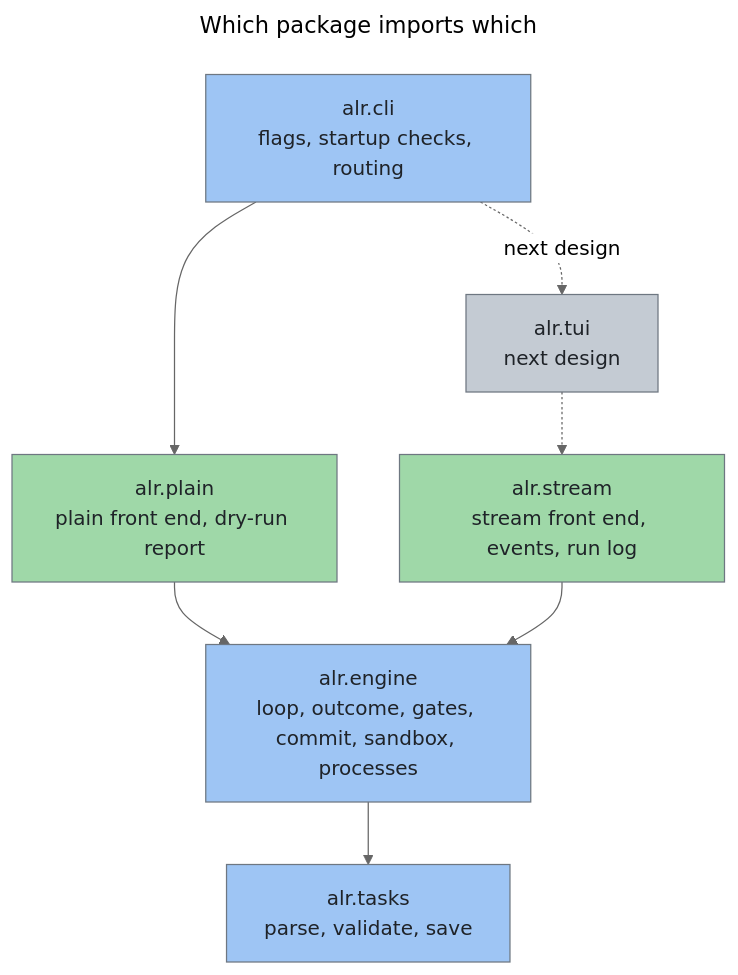
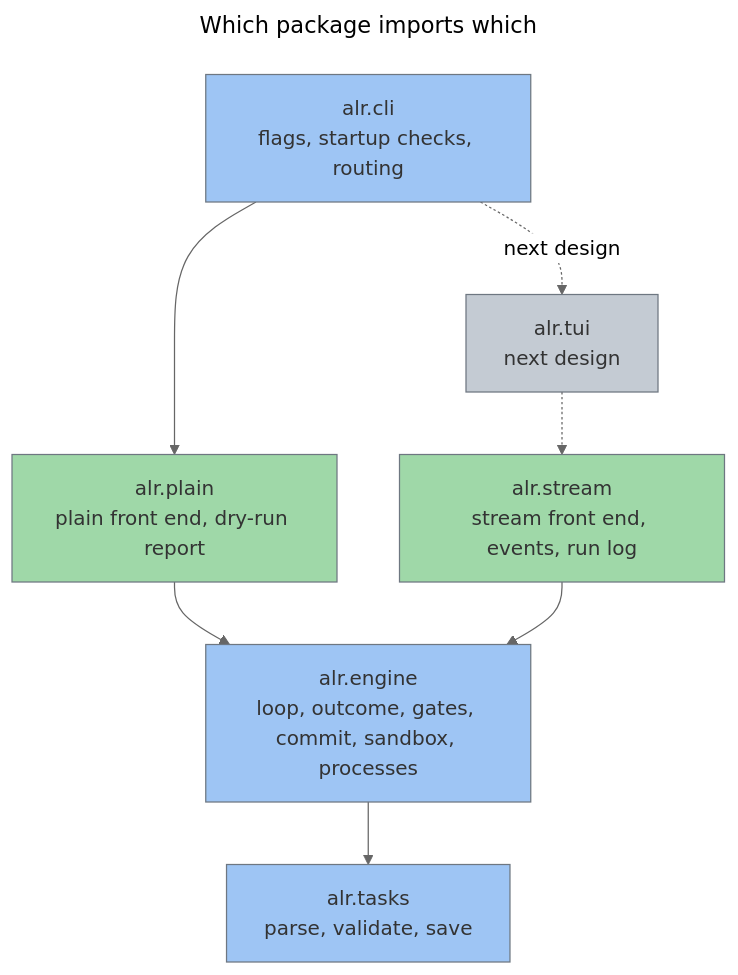
One commit to twistingmercury/agentic_loop_runner changed the first of 4 diagrams in docs/design/03_system_architecture.md. Above: the diagram before and after it, drawn with Mermaid (neutral theme). The commit also changed other lines of this file and 1 other file, not shown here.

First line of the commit message:
Make the overview diagram text dark on every block

````diff
--- a/docs/design/03_system_architecture.md
+++ b/docs/design/03_system_architecture.md
@@ -29,23 +29,23 @@
 ```mermaid
 ---
 title: Which package imports which
 ---
 flowchart TD
     cli["alr.cli<br/>flags, startup checks, routing"]:::blue
     plain["alr.plain<br/>plain front end, dry-run report"]:::green
     tui["alr.tui<br/>next design"]:::gray
     stream["alr.stream<br/>stream front end, events, run log"]:::green
     engine["alr.engine<br/>loop, outcome, gates, commit, sandbox, processes"]:::blue
     tasks["alr.tasks<br/>parse, validate, save"]:::blue
 
     cli --> plain
     cli -.->|next design| tui
     tui -.-> stream
     plain --> engine
     stream --> engine
     engine --> tasks
 
-    classDef blue fill:#9ec5f4,stroke:#6e7781,color:#1f2328
-    classDef green fill:#9fd8a8,stroke:#6e7781,color:#1f2328
-    classDef gray fill:#c4cbd3,stroke:#6e7781,color:#1f2328
+    classDef blue fill:#9ec5f4,stroke:#6e7781,color:#333333
+    classDef green fill:#9fd8a8,stroke:#6e7781,color:#333333
+    classDef gray fill:#c4cbd3,stroke:#6e7781,color:#333333
 ```
````
